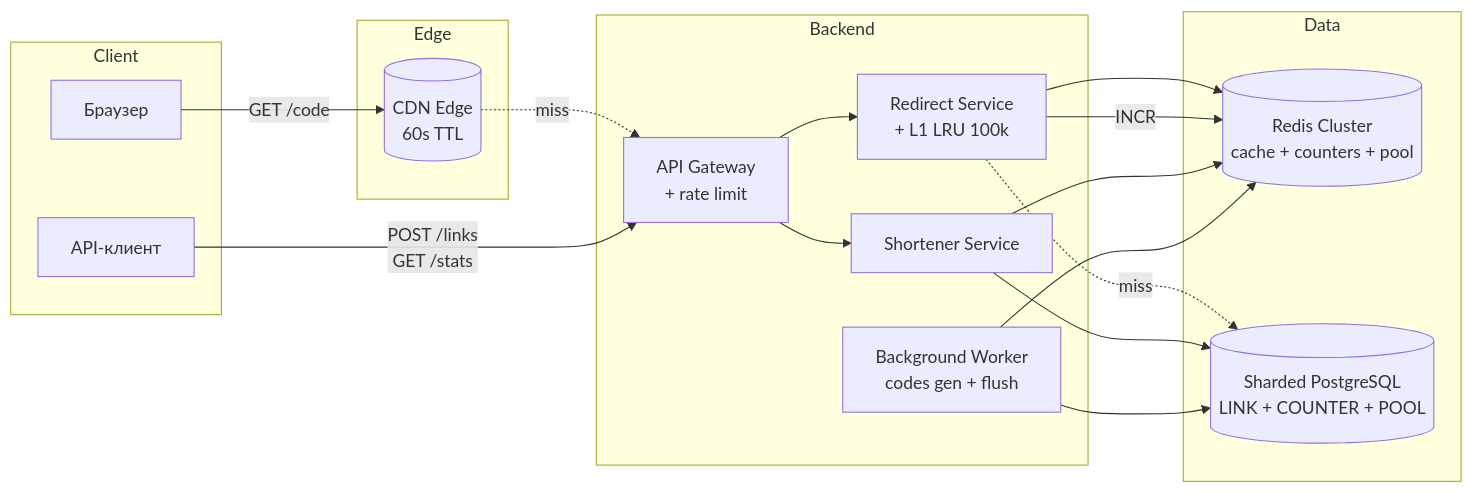
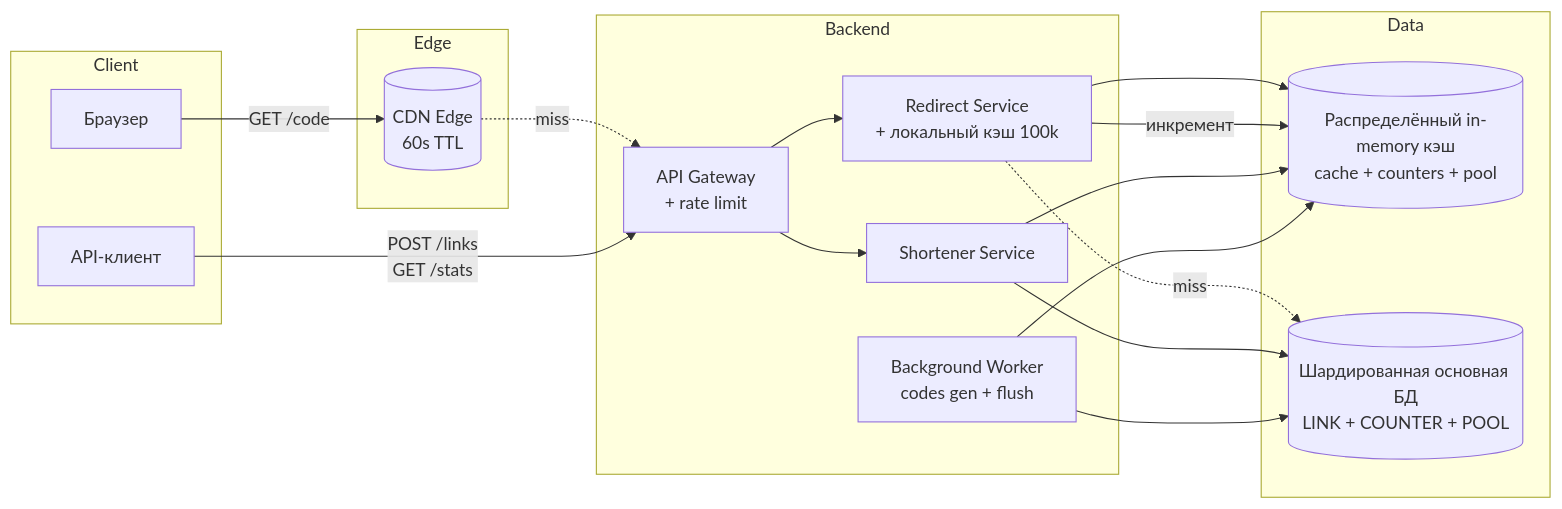
One commit to f1yToMoon/url_shortener changed the third of 9 diagrams in README.md. Above: the diagram before and after it, drawn with Mermaid. The commit also changed other lines of this file, not shown here.

````diff
--- a/README.md
+++ b/README.md
@@ -262,40 +256,40 @@
 ```mermaid
 graph LR
   subgraph Client
     UserBrowser[Браузер]
     APIClient[API-клиент]
   end
 
   subgraph Edge
     CDN[(CDN Edge<br/>60s TTL)]
   end
 
   subgraph Backend
     GW[API Gateway<br/>+ rate limit]
-    Redir[Redirect Service<br/>+ L1 LRU 100k]
+    Redir[Redirect Service<br/>+ локальный кэш 100k]
     Short[Shortener Service]
     Worker[Background Worker<br/>codes gen + flush]
   end
 
   subgraph Data
-    Redis[(Redis Cluster<br/>cache + counters + pool)]
-    PG[(Sharded PostgreSQL<br/>LINK + COUNTER + POOL)]
+    KV[(Распределённый in-memory кэш<br/>cache + counters + pool)]
+    DB[(Шардированная основная БД<br/>LINK + COUNTER + POOL)]
   end
 
   UserBrowser -->|GET /code| CDN
   CDN -.miss.-> GW
   APIClient -->|POST /links<br/>GET /stats| GW
 
   GW --> Redir
   GW --> Short
 
-  Redir --> Redis
-  Redir -.miss.-> PG
-  Redir -->|INCR| Redis
+  Redir --> KV
+  Redir -.miss.-> DB
+  Redir -->|инкремент| KV
 
-  Short --> Redis
-  Short --> PG
+  Short --> KV
+  Short --> DB
 
-  Worker --> Redis
-  Worker --> PG
+  Worker --> KV
+  Worker --> DB
 ```
````
